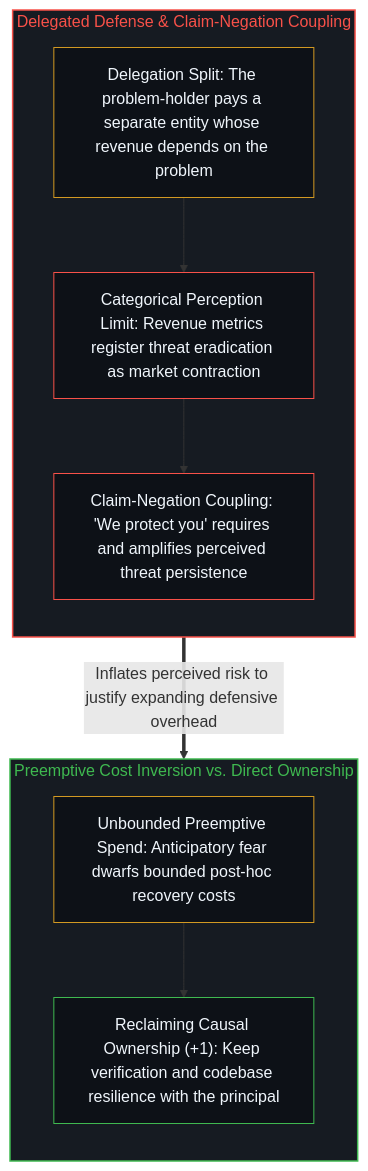
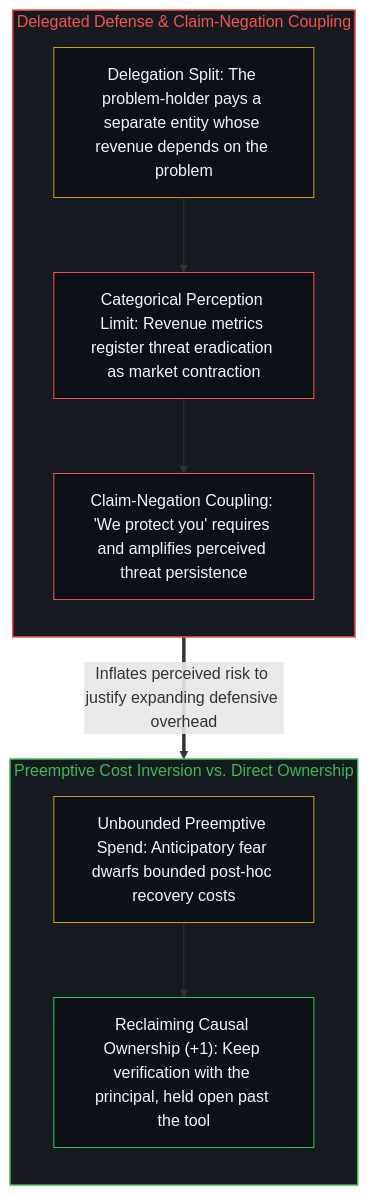
The second of 2 diagrams in content/posts/cybersecurity-arms-race.md (powerpig99/not-a-toe), drawn with Mermaid before and after one commit. The commit also changed other lines of this file and 1 other file, not shown here.

First line of the commit message:
Sleep L1 (the-reversal-of-verification): cybersecurity-arms-race

````diff
--- a/content/posts/cybersecurity-arms-race.md
+++ b/content/posts/cybersecurity-arms-race.md
@@ -44,24 +44,24 @@
 ```mermaid
 flowchart TD
     subgraph S_Loop["Delegated Defense & Claim-Negation Coupling"]
         direction TB
         Delegate["Delegation Split: The problem-holder pays a separate entity whose revenue depends on the problem"]
         Blind["Categorical Perception Limit: Revenue metrics register threat eradication as market contraction"]
         Couple["Claim-Negation Coupling: 'We protect you' requires and amplifies perceived threat persistence"]
         Delegate --> Blind --> Couple
     end
     subgraph S_Invert["Preemptive Cost Inversion vs. Direct Ownership"]
         direction TB
         Preempt["Unbounded Preemptive Spend: Anticipatory fear dwarfs bounded post-hoc recovery costs"]
-        Direct["Reclaiming Causal Ownership (+1): Keep verification and codebase resilience with the principal"]
+        Direct["Reclaiming Causal Ownership (+1): Keep verification with the principal, held open past the tool"]
         Preempt --> Direct
     end
     Couple ==>|"Inflates perceived risk to justify expanding defensive overhead"| Preempt
     style S_Loop fill:#161b22,stroke:#f85149,stroke-width:1.5px,color:#f85149
     style S_Invert fill:#161b22,stroke:#3fb950,stroke-width:1.5px,color:#3fb950
     style Delegate fill:#0d1117,stroke:#d29922,stroke-width:1px,color:#f0f6fc
     style Blind fill:#0d1117,stroke:#f85149,stroke-width:1px,color:#f0f6fc
     style Couple fill:#0d1117,stroke:#f85149,stroke-width:1px,color:#f0f6fc
     style Preempt fill:#0d1117,stroke:#d29922,stroke-width:1px,color:#f0f6fc
     style Direct fill:#0d1117,stroke:#3fb950,stroke-width:1px,color:#f0f6fc
 ```
````
